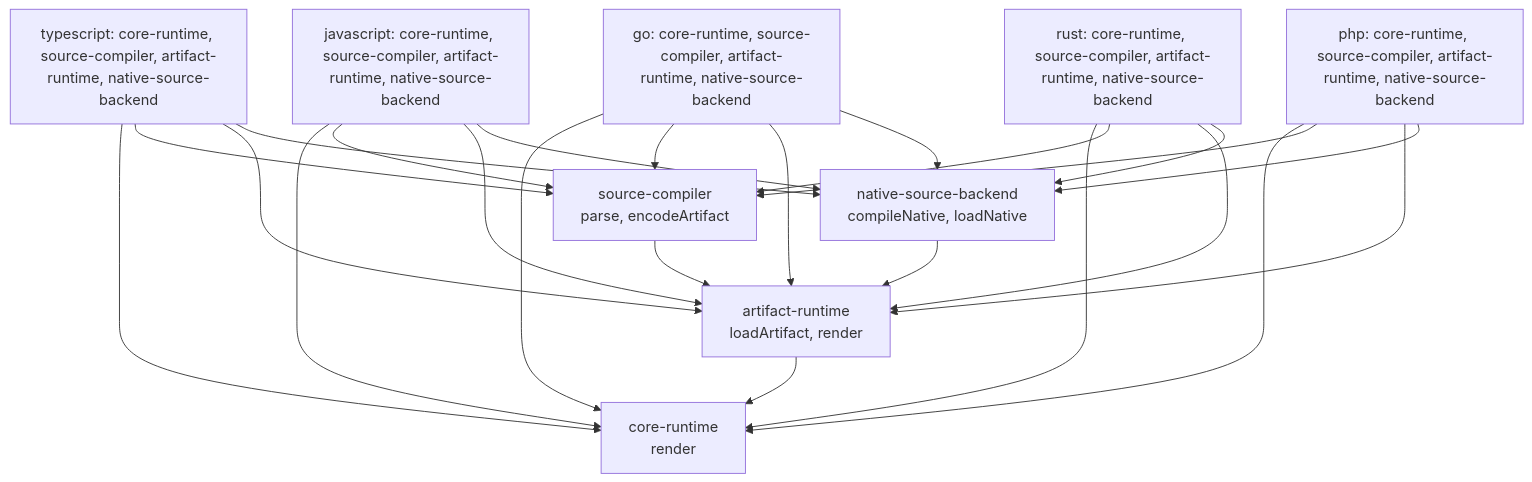
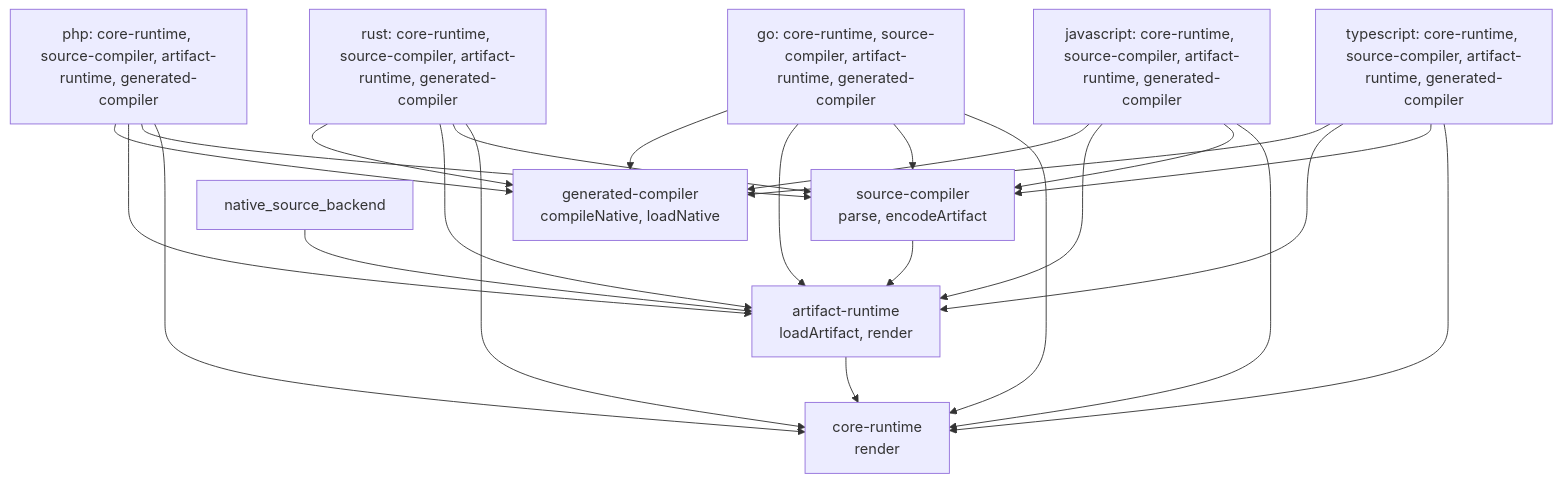
One commit to polyspec/template changed the diagram in tools/showcase/adapters/generated/support-levels.mmd. Above: the diagram before and after it, drawn with Mermaid. The commit also changed 5 other files, not shown here.

Commit message:
Make generated compiler a first class support level

```diff
--- a/tools/showcase/adapters/generated/support-levels.mmd
+++ b/tools/showcase/adapters/generated/support-levels.mmd
@@ -1,33 +1,33 @@
 flowchart TB
   core_runtime["core-runtime<br/>render"]
   source_compiler["source-compiler<br/>parse, encodeArtifact"]
   artifact_runtime["artifact-runtime<br/>loadArtifact, render"]
-  native_source_backend["native-source-backend<br/>compileNative, loadNative"]
+  generated_compiler["generated-compiler<br/>compileNative, loadNative"]
   source_compiler --> artifact_runtime
   artifact_runtime --> core_runtime
   native_source_backend --> artifact_runtime
-  typescript["typescript: core-runtime, source-compiler, artifact-runtime, native-source-backend"]
+  typescript["typescript: core-runtime, source-compiler, artifact-runtime, generated-compiler"]
   typescript --> core_runtime
   typescript --> source_compiler
   typescript --> artifact_runtime
-  typescript --> native_source_backend
-  javascript["javascript: core-runtime, source-compiler, artifact-runtime, native-source-backend"]
+  typescript --> generated_compiler
+  javascript["javascript: core-runtime, source-compiler, artifact-runtime, generated-compiler"]
   javascript --> core_runtime
   javascript --> source_compiler
   javascript --> artifact_runtime
-  javascript --> native_source_backend
-  go["go: core-runtime, source-compiler, artifact-runtime, native-source-backend"]
+  javascript --> generated_compiler
+  go["go: core-runtime, source-compiler, artifact-runtime, generated-compiler"]
   go --> core_runtime
   go --> source_compiler
   go --> artifact_runtime
-  go --> native_source_backend
-  rust["rust: core-runtime, source-compiler, artifact-runtime, native-source-backend"]
+  go --> generated_compiler
+  rust["rust: core-runtime, source-compiler, artifact-runtime, generated-compiler"]
   rust --> core_runtime
   rust --> source_compiler
   rust --> artifact_runtime
-  rust --> native_source_backend
-  php["php: core-runtime, source-compiler, artifact-runtime, native-source-backend"]
+  rust --> generated_compiler
+  php["php: core-runtime, source-compiler, artifact-runtime, generated-compiler"]
   php --> core_runtime
   php --> source_compiler
   php --> artifact_runtime
-  php --> native_source_backend
+  php --> generated_compiler
```
